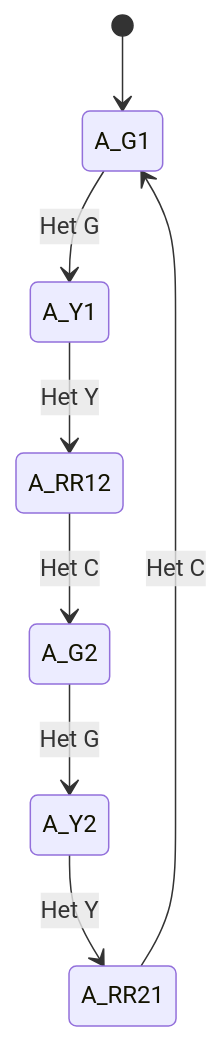
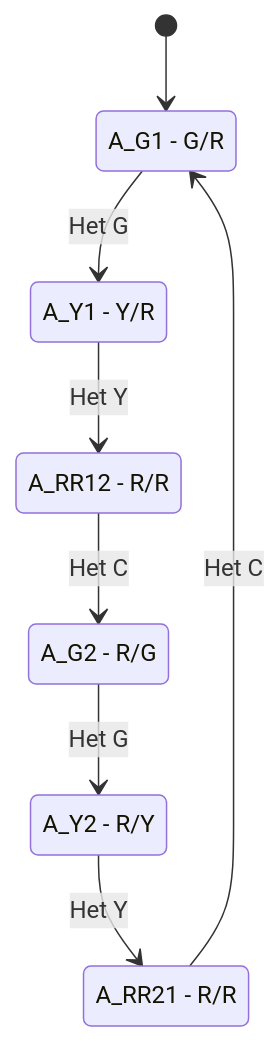
Before and after one commit to benhiepcse/CO3009-Traffic-Light: the second of 4 diagrams in docs/sprint-01/co3009-06-fsm-design.md, drawn with Mermaid. The commit also changed other lines of this file, not shown here.

````diff
--- a/docs/sprint-01/co3009-06-fsm-design.md
+++ b/docs/sprint-01/co3009-06-fsm-design.md
@@ -65,10 +67,16 @@
 ```mermaid
 stateDiagram-v2
+    state "A_G1 - G/R" as A_G1
+    state "A_Y1 - Y/R" as A_Y1
+    state "A_RR12 - R/R" as A_RR12
+    state "A_G2 - R/G" as A_G2
+    state "A_Y2 - R/Y" as A_Y2
+    state "A_RR21 - R/R" as A_RR21
     [*] --> A_G1
     A_G1 --> A_Y1: Het G
     A_Y1 --> A_RR12: Het Y
     A_RR12 --> A_G2: Het C
     A_G2 --> A_Y2: Het G
     A_Y2 --> A_RR21: Het Y
     A_RR21 --> A_G1: Het C
 ```
````
